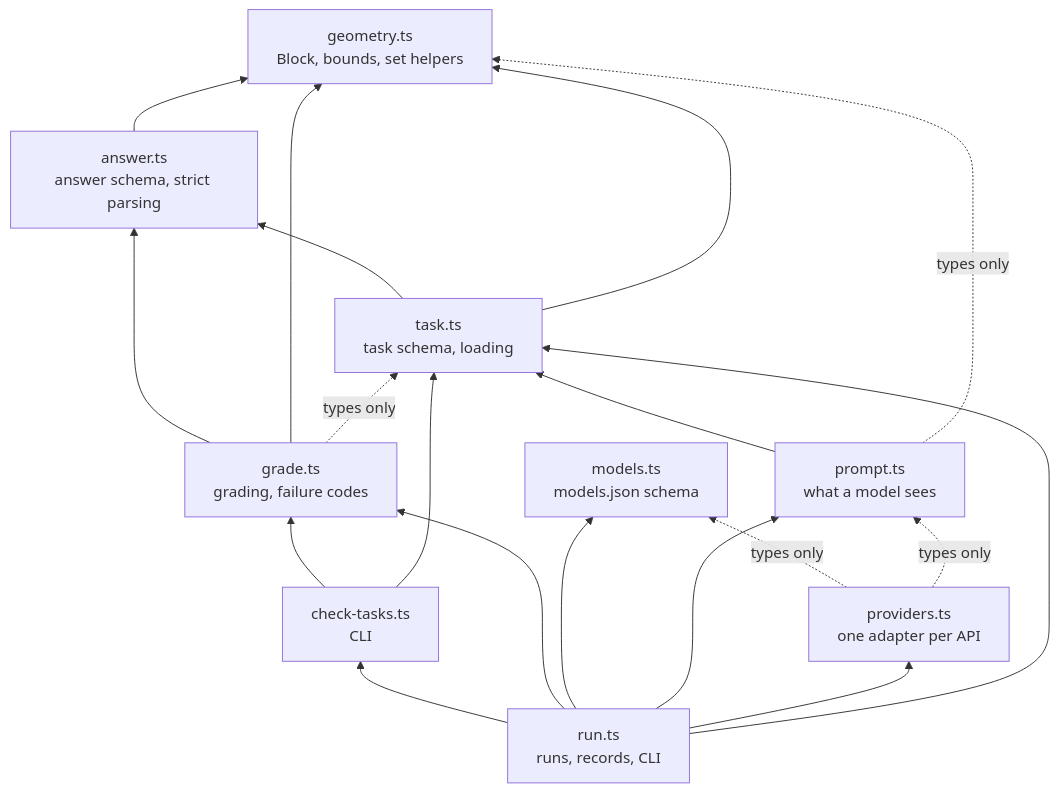
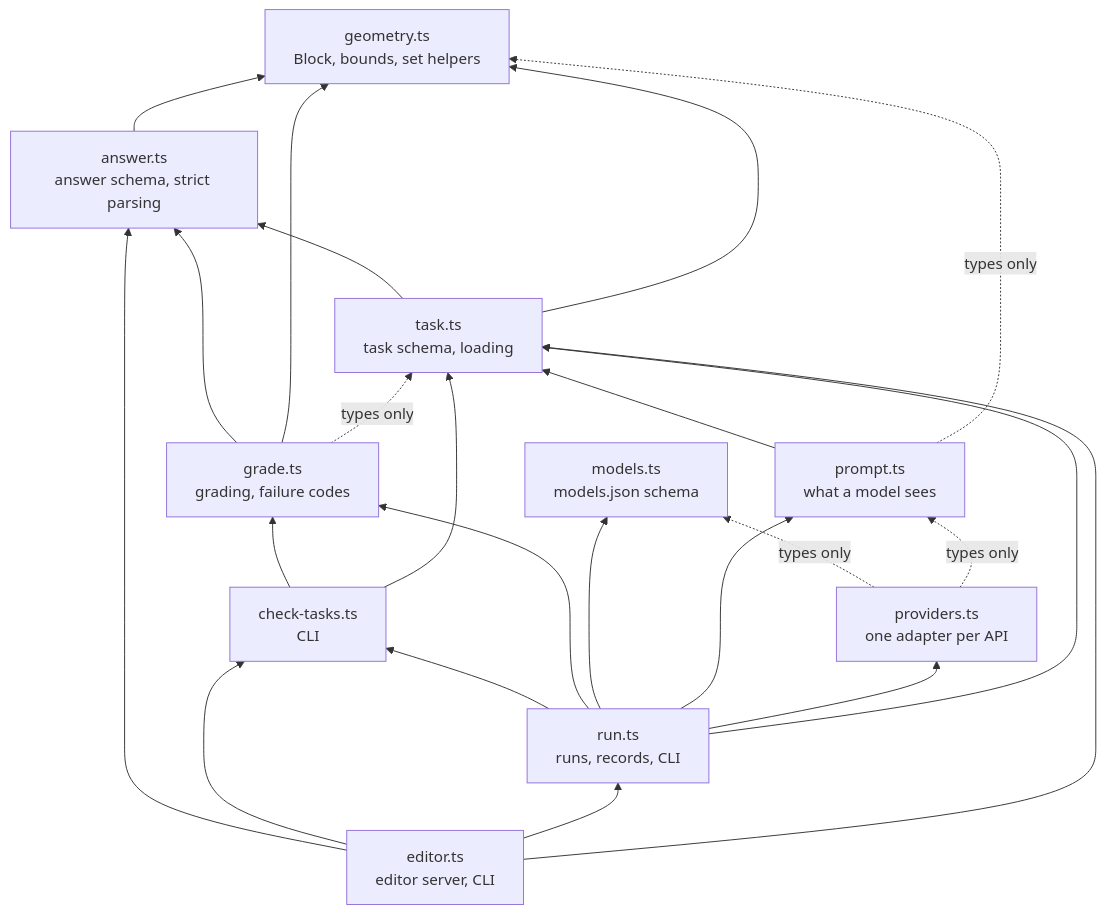
One commit to Ammaar-Alam/project-01-spatial-reasoning changed the sixth of 6 diagrams in docs/architecture.md. Above: the diagram before and after it, drawn with Mermaid. The commit also changed other lines of this file and 9 other files, not shown here.

````diff
--- a/docs/architecture.md
+++ b/docs/architecture.md
@@ -190,30 +219,35 @@
 ```mermaid
 flowchart BT
   geometry["geometry.ts<br/>Block, bounds, set helpers"]
   answer["answer.ts<br/>answer schema, strict parsing"]
   task["task.ts<br/>task schema, loading"]
   grade["grade.ts<br/>grading, failure codes"]
   check["check-tasks.ts<br/>CLI"]
   prompt["prompt.ts<br/>what a model sees"]
   models["models.ts<br/>models.json schema"]
   providers["providers.ts<br/>one adapter per API"]
   run["run.ts<br/>runs, records, CLI"]
+  editor["editor.ts<br/>editor server, CLI"]
   answer --> geometry
   task --> answer
   task --> geometry
   grade --> answer
   grade --> geometry
   grade -. types only .-> task
   check --> grade
   check --> task
   prompt --> task
   prompt -. types only .-> geometry
   providers -. types only .-> models
   providers -. types only .-> prompt
   run --> check
   run --> grade
   run --> models
   run --> prompt
   run --> providers
   run --> task
+  editor --> answer
+  editor --> check
+  editor --> run
+  editor --> task
 ```
````
